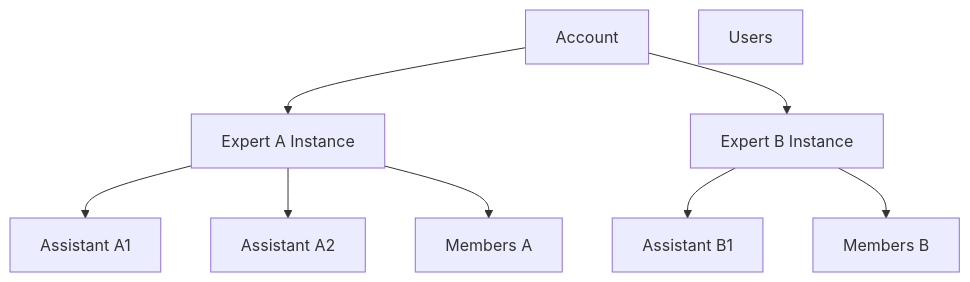
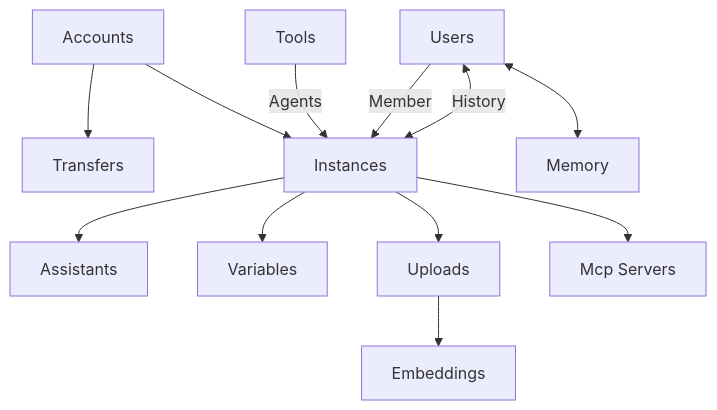
One commit to ingentechnologies/Praxis-Docs changed the diagram in welcome.mdx. Above: the diagram before and after it, drawn with Mermaid.

Commit message:
Updating object model

````diff
--- a/welcome.mdx
+++ b/welcome.mdx
@@ -17,12 +17,19 @@
 ```mermaid
 flowchart TD
-        A["Account"]
-        U["Users"]
-        A --> B["Expert A Instance"]
-        A --> C["Expert B Instance"]
-        B --> D["Assistant A1"]
-        B --> E["Assistant A2"]
-        B --> MA["Members A"]
-        C --> F["Assistant B1"]
-        C --> MB["Members B"]
+	AC["Accounts"]
+    TR["Transfers"]
+	TO["Tools"]
+    US["Users"]
+    IN["Instances"]
+    AC --> IN
+    AC --> TR
+	TO -->|Agents| IN
+    US -->|Member| IN
+    US <-->|History| IN
+	IN --> AS["Assistants"]
+	IN --> VA["Variables"]
+    IN --> UP["Uploads"]
+    IN --> MC["Mcp Servers"]
+    US <--> ME["Memory"]
+    UP --> EM["Embeddings"]
 ```
````
